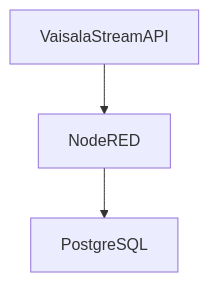
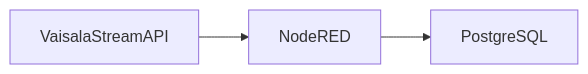
Before and after one commit to jonss0777/DIY_Sensor: the first of 2 diagrams in README.md, drawn with Mermaid. The commit also changed other lines of this file, not shown here.

````diff
--- a/README.md
+++ b/README.md
@@ -5,6 +5,6 @@
 ```mermaid
-graph TD;
+graph LR;
   VaisalaStreamAPI --> NodeRED;
   NodeRED --> PostgreSQL;
 
 ```
````
